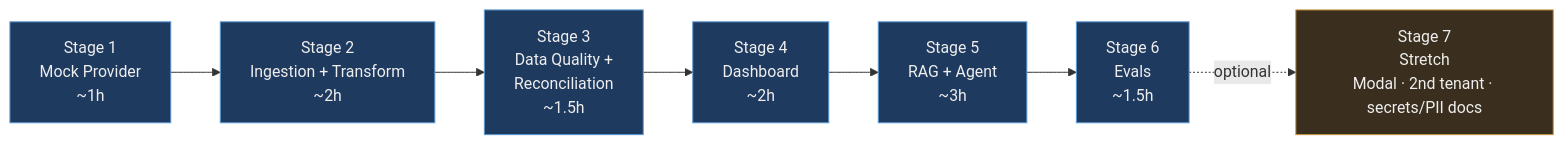
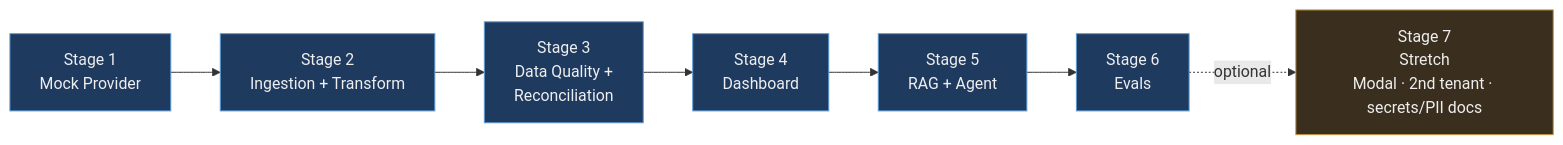
The second of 4 diagrams in README.md (atamaniuc/ledger-lens), drawn with Mermaid before and after one commit. The commit also changed 46 other files, not shown here.

````diff
--- a/README.md
+++ b/README.md
@@ -124,14 +124,14 @@
 ```mermaid
 flowchart LR
-    S1["Stage 1<br/>Mock Provider<br/>~1h"] --> S2["Stage 2<br/>Ingestion + Transform<br/>~2h"]
-    S2 --> S3["Stage 3<br/>Data Quality +<br/>Reconciliation<br/>~1.5h"]
-    S3 --> S4["Stage 4<br/>Dashboard<br/>~2h"]
-    S4 --> S5["Stage 5<br/>RAG + Agent<br/>~3h"]
-    S5 --> S6["Stage 6<br/>Evals<br/>~1.5h"]
+    S1["Stage 1<br/>Mock Provider"] --> S2["Stage 2<br/>Ingestion + Transform"]
+    S2 --> S3["Stage 3<br/>Data Quality +<br/>Reconciliation"]
+    S3 --> S4["Stage 4<br/>Dashboard"]
+    S4 --> S5["Stage 5<br/>RAG + Agent"]
+    S5 --> S6["Stage 6<br/>Evals"]
     S6 -.optional.-> S7["Stage 7<br/>Stretch<br/>Modal · 2nd tenant · secrets/PII docs"]
 
     classDef required fill:#1f3a5f,stroke:#5b9bd5,color:#eee;
     classDef optional fill:#3a2f1f,stroke:#c8963e,color:#eee;
     class S1,S2,S3,S4,S5,S6 required;
     class S7 optional;
 ```
````
